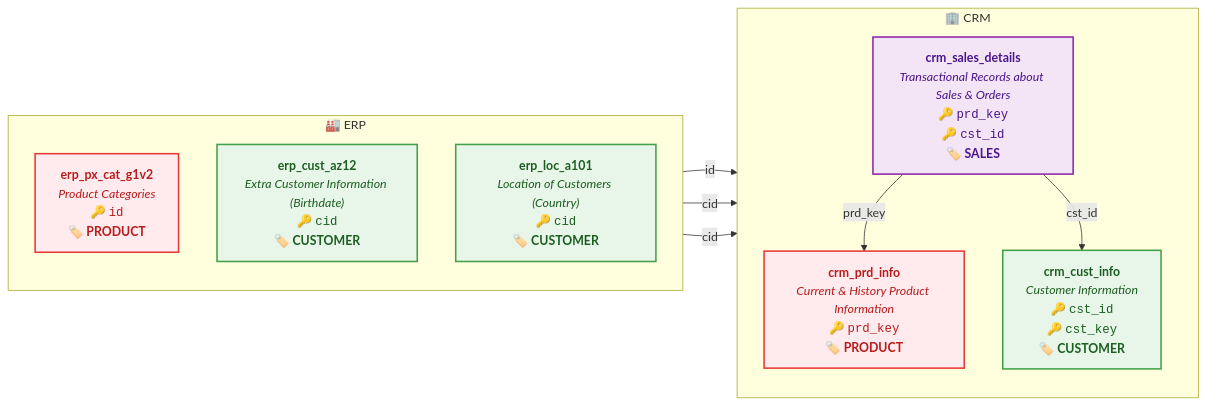
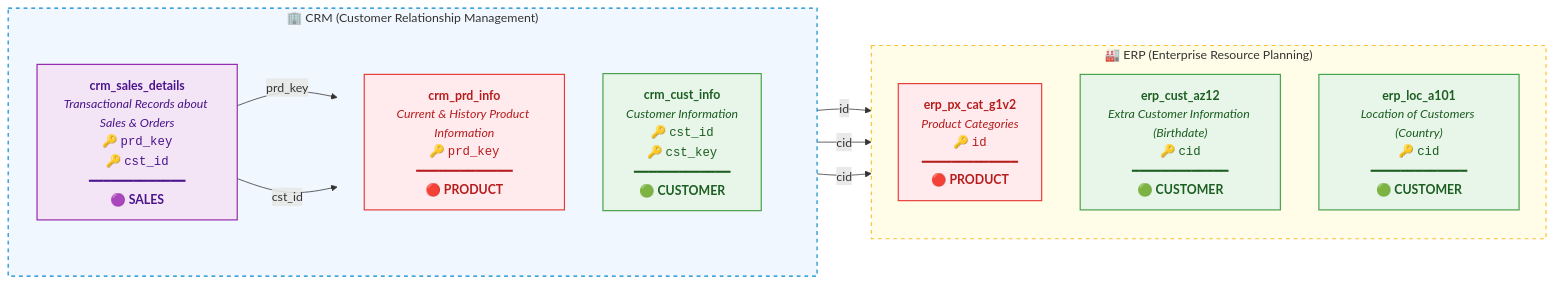
One commit to doanquangminh14/sql-data-warehouse-project changed the third of 4 diagrams in doc/architecture.md. Above: the diagram before and after it, drawn with Mermaid.

Commit message:
docs: refine Data Integration diagram layout with horizontal CRM and ERP structure

````diff
--- a/doc/architecture.md
+++ b/doc/architecture.md
@@ -174,31 +174,40 @@
 ```mermaid
 flowchart LR
-    subgraph CRM["🏢 CRM"]
-        direction TB
-        sales["<b>crm_sales_details</b><br/><i>Transactional Records about Sales & Orders</i><br/>🔑 <code>prd_key</code><br/>🔑 <code>cst_id</code><br/><b>🏷️ SALES</b>"]
-        prd["<b>crm_prd_info</b><br/><i>Current & History Product Information</i><br/>🔑 <code>prd_key</code><br/><b>🏷️ PRODUCT</b>"]
-        cust["<b>crm_cust_info</b><br/><i>Customer Information</i><br/>🔑 <code>cst_id</code><br/>🔑 <code>cst_key</code><br/><b>🏷️ CUSTOMER</b>"]
+    subgraph CRM["🏢 CRM (Customer Relationship Management)"]
+        direction LR
+        sales["<b>crm_sales_details</b><br/><i>Transactional Records about Sales & Orders</i><br/>🔑 <code>prd_key</code><br/>🔑 <code>cst_id</code><br/>━━━━━━━━━━━━━<br/><b>🟣 SALES</b>"]
+        
+        subgraph CRM_ENTITIES[" "]
+            direction TB
+            prd["<b>crm_prd_info</b><br/><i>Current & History Product Information</i><br/>🔑 <code>prd_key</code><br/>━━━━━━━━━━━━━<br/><b>🔴 PRODUCT</b>"]
+            cust["<b>crm_cust_info</b><br/><i>Customer Information</i><br/>🔑 <code>cst_id</code><br/>🔑 <code>cst_key</code><br/>━━━━━━━━━━━━━<br/><b>🟢 CUSTOMER</b>"]
+        end
 
         sales -->|prd_key| prd
         sales -->|cst_id| cust
     end
 
-    subgraph ERP["🏭 ERP"]
+    subgraph ERP["🏭 ERP (Enterprise Resource Planning)"]
         direction TB
-        cat["<b>erp_px_cat_g1v2</b><br/><i>Product Categories</i><br/>🔑 <code>id</code><br/><b>🏷️ PRODUCT</b>"]
-        extra["<b>erp_cust_az12</b><br/><i>Extra Customer Information (Birthdate)</i><br/>🔑 <code>cid</code><br/><b>🏷️ CUSTOMER</b>"]
-        loc["<b>erp_loc_a101</b><br/><i>Location of Customers (Country)</i><br/>🔑 <code>cid</code><br/><b>🏷️ CUSTOMER</b>"]
+        cat["<b>erp_px_cat_g1v2</b><br/><i>Product Categories</i><br/>🔑 <code>id</code><br/>━━━━━━━━━━━━━<br/><b>🔴 PRODUCT</b>"]
+        extra["<b>erp_cust_az12</b><br/><i>Extra Customer Information (Birthdate)</i><br/>🔑 <code>cid</code><br/>━━━━━━━━━━━━━<br/><b>🟢 CUSTOMER</b>"]
+        loc["<b>erp_loc_a101</b><br/><i>Location of Customers (Country)</i><br/>🔑 <code>cid</code><br/>━━━━━━━━━━━━━<br/><b>🟢 CUSTOMER</b>"]
     end
 
-    cat -->|id| prd
-    extra -->|cid| cust
-    loc -->|cid| cust
+    prd -->|id| cat
+    cust -->|cid| extra
+    cust -->|cid| loc
 
-    classDef salesDomain fill:#f3e5f5,stroke:#8e24aa,stroke-width:2px,color:#4a148c
-    classDef productDomain fill:#ffebee,stroke:#e53935,stroke-width:2px,color:#b71c1c
-    classDef customerDomain fill:#e8f5e9,stroke:#43a047,stroke-width:2px,color:#1b5e20
+    classDef salesDomain fill:#f3e5f5,stroke:#8e24aa,stroke-width:1.5px,color:#4a148c
+    classDef productDomain fill:#ffebee,stroke:#e53935,stroke-width:1.5px,color:#b71c1c
+    classDef customerDomain fill:#e8f5e9,stroke:#43a047,stroke-width:1.5px,color:#1b5e20
+    classDef crmGroup fill:#f0f7ff,stroke:#0288d1,stroke-width:1.5px,stroke-dasharray: 5 5
+    classDef erpGroup fill:#fffde7,stroke:#fbc02d,stroke-width:1.5px,stroke-dasharray: 5 5
 
+    class CRM crmGroup
+    class ERP erpGroup
     class sales salesDomain
     class prd,cat productDomain
     class cust,extra,loc customerDomain
+    style CRM_ENTITIES fill:none,stroke:none
 ```
````
